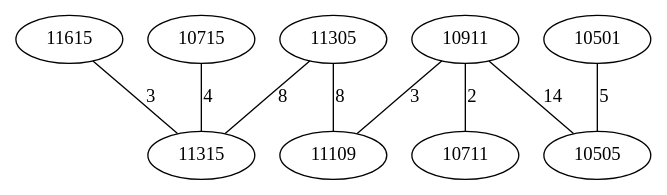
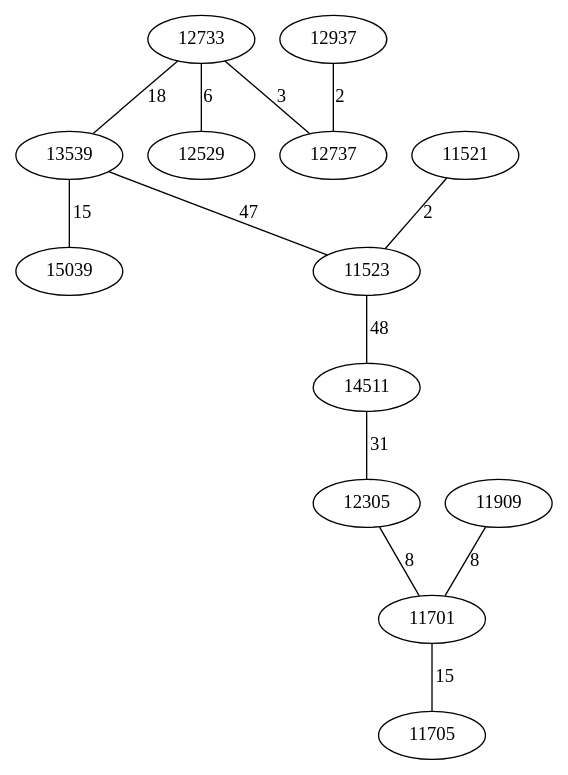
The diagram in Graph.dot (AsmNoob/Labyrinthe), drawn with Graphviz before and after one commit. The commit also changed 5 other files, not shown here.

```diff
--- a/Graph.dot
+++ b/Graph.dot
@@ -1,12 +1,16 @@
 graph chemin {
 
-	11305 -- 11315 [label=8]
-	11305 -- 11109 [label=8]
-	10911 -- 10505 [label=14]
-	10911 -- 10711 [label=2]
-	10911 -- 11109 [label=3]
-	11615 -- 11315 [label=3]
-	10501 -- 10505 [label=5]
-	10715 -- 11315 [label=4]
+	12733 -- 12737 [label=3]
+	12733 -- 13539 [label=18]
+	12733 -- 12529 [label=6]
+	13539 -- 15039 [label=15]
+	13539 -- 11523 [label=47]
+	12937 -- 12737 [label=2]
+	11521 -- 11523 [label=2]
+	11523 -- 14511 [label=48]
+	14511 -- 12305 [label=31]
+	11909 -- 11701 [label=8]
+	12305 -- 11701 [label=8]
+	11701 -- 11705 [label=15]
 
 }
```
